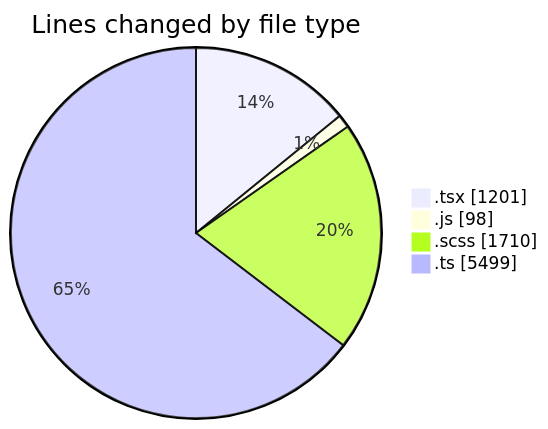
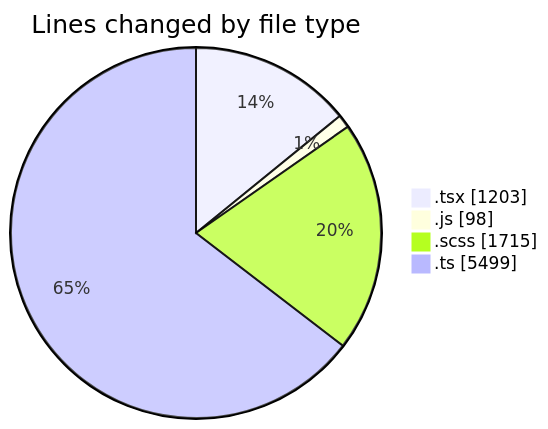
Before and after one commit to momahboobian/code-tracking: the first of 2 diagrams in 2025-03-31/cda/README.md, drawn with Mermaid. The commit also changed other lines of this file and 1 other file, not shown here.

````diff
--- a/2025-03-31/cda/README.md
+++ b/2025-03-31/cda/README.md
@@ -39,8 +39,8 @@
 ```mermaid
 pie showData
 title Lines changed by file type
-".tsx" : 1201
+".tsx" : 1203
 ".js" : 98
-".scss" : 1710
+".scss" : 1715
 ".ts" : 5499
 ```
````
